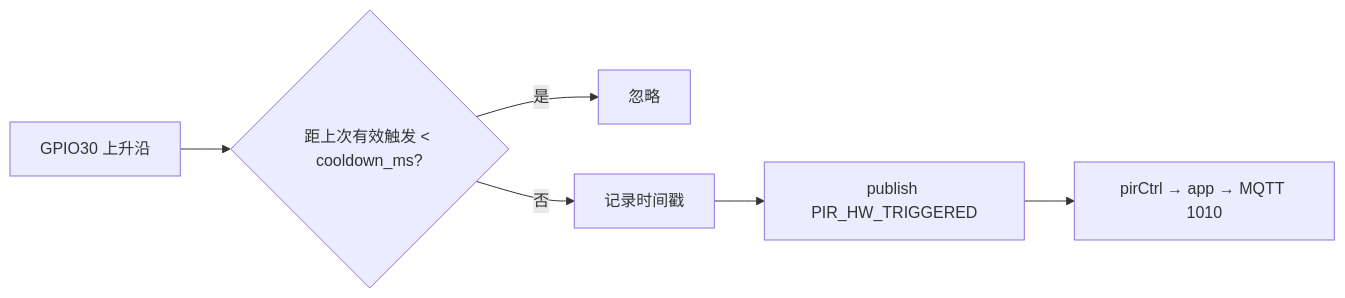
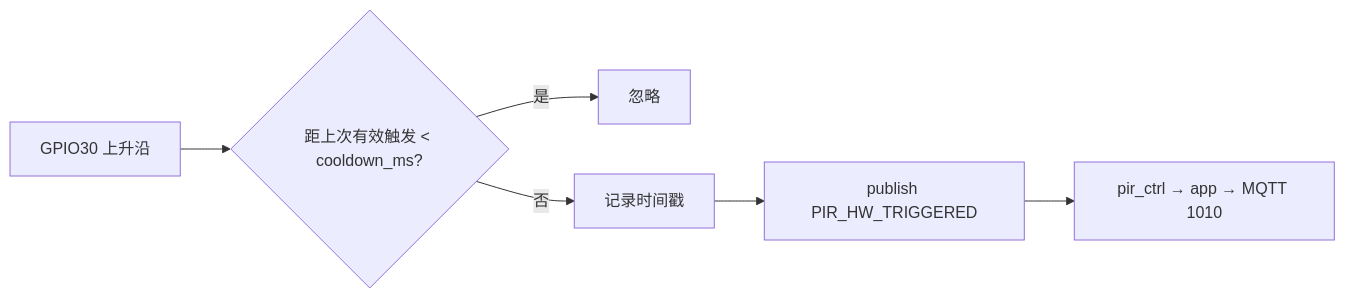
The diagram in doc/PIR_TRIGGER_INTERVAL.md (dzr1986/AIR780EHM), drawn with Mermaid before and after one commit. The commit also changed other lines of this file and 40 other files, not shown here.

````diff
--- a/doc/PIR_TRIGGER_INTERVAL.md
+++ b/doc/PIR_TRIGGER_INTERVAL.md
@@ -82,8 +82,8 @@
 ```mermaid
 flowchart LR
     A[GPIO30 上升沿] --> B{距上次有效触发 &lt; cooldown_ms?}
     B -->|是| C[忽略]
     B -->|否| D[记录时间戳]
     D --> E[publish PIR_HW_TRIGGERED]
-    E --> F[pirCtrl → app → MQTT 1010]
+    E --> F[pir_ctrl → app → MQTT 1010]
 ```
````
